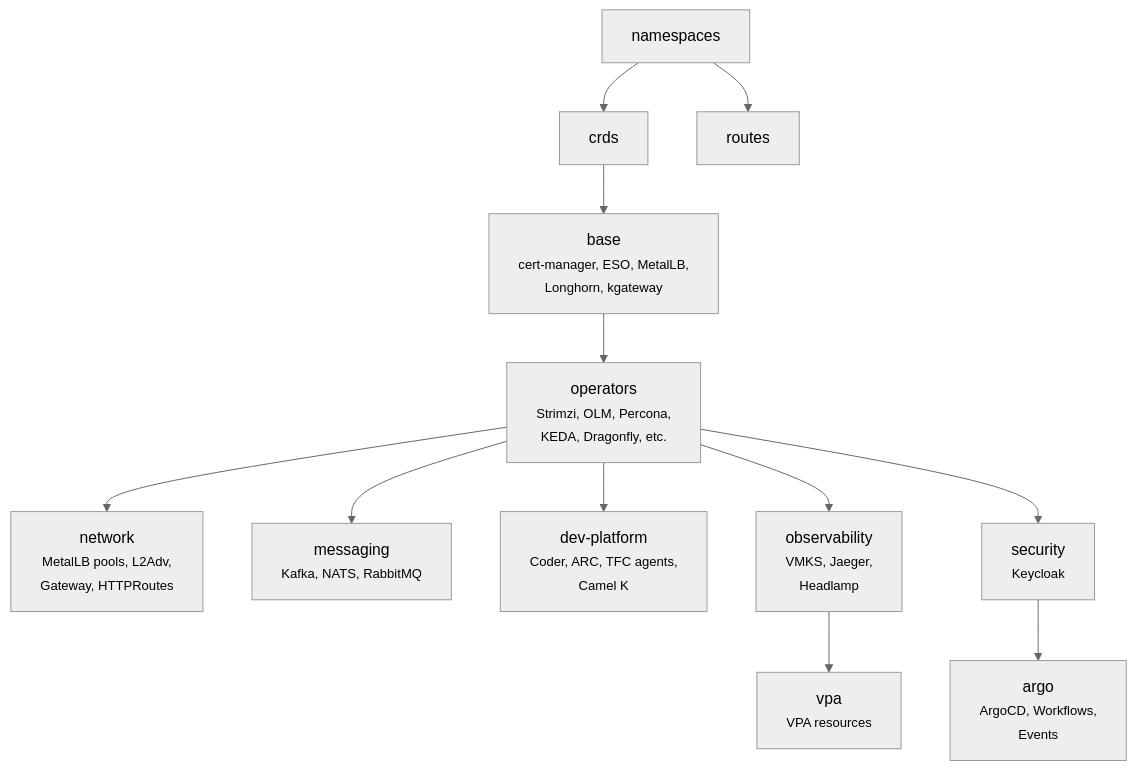
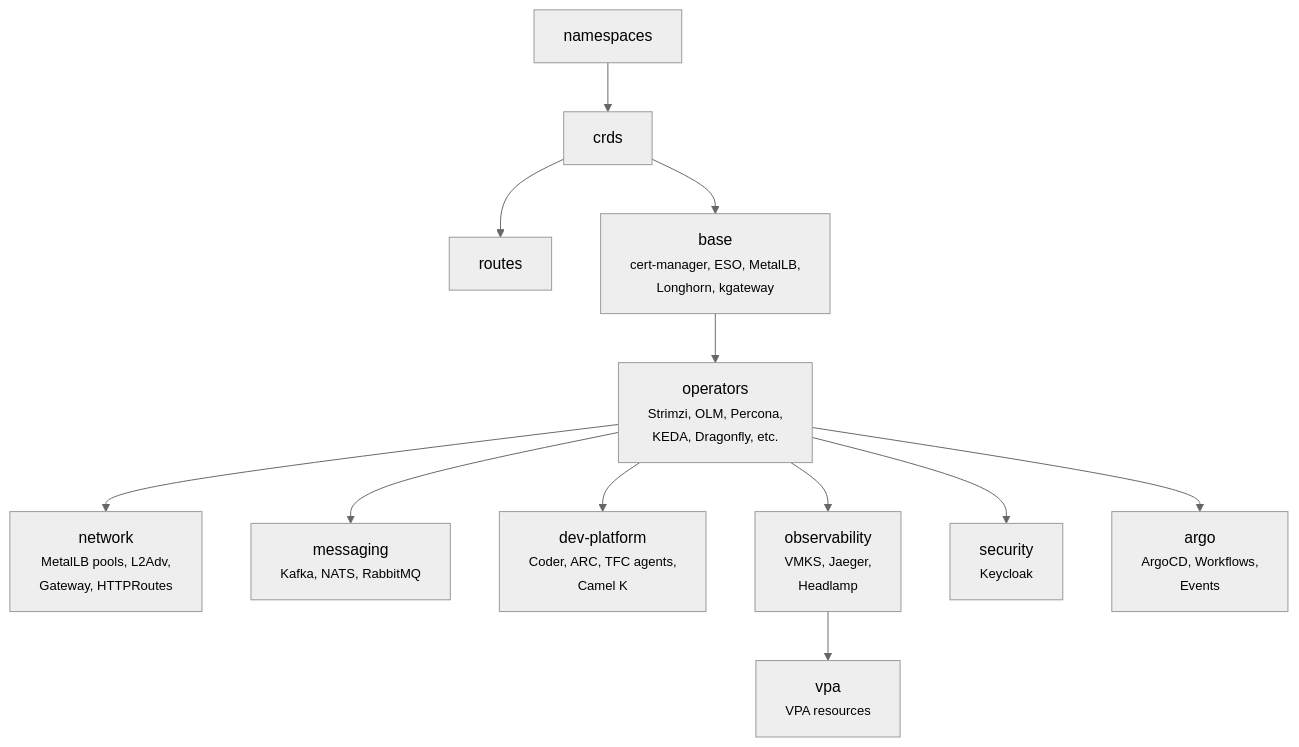
Before and after one commit to michael-willingham/lab.wcloud.sh: the first of 2 diagrams in content/infrastructure/architecture.md, drawn with Mermaid (neutral theme). The commit also changed other lines of this file, not shown here.

Commit message:
Update FluxCD dependency diagram: flatten deps, decouple argo from security

```diff
--- a/content/infrastructure/architecture.md
+++ b/content/infrastructure/architecture.md
@@ -13,14 +13,14 @@
 {{< mermaid >}}
 graph TD
     NS["namespaces"] --> CRDs["crds"]
-    NS --> Routes["routes"]
+    CRDs --> Routes["routes"]
     CRDs --> Base["base<br/><small>cert-manager, ESO, MetalLB,<br/>Longhorn, kgateway</small>"]
     Base --> Operators["operators<br/><small>Strimzi, OLM, Percona,<br/>KEDA, Dragonfly, etc.</small>"]
     Operators --> Network["network<br/><small>MetalLB pools, L2Adv,<br/>Gateway, HTTPRoutes</small>"]
     Operators --> Messaging["messaging<br/><small>Kafka, NATS, RabbitMQ</small>"]
     Operators --> DevPlatform["dev-platform<br/><small>Coder, ARC, TFC agents,<br/>Camel K</small>"]
     Operators --> Observability["observability<br/><small>VMKS, Jaeger,<br/>Headlamp</small>"]
     Operators --> Security["security<br/><small>Keycloak</small>"]
-    Security --> Argo["argo<br/><small>ArgoCD, Workflows,<br/>Events</small>"]
+    Operators --> Argo["argo<br/><small>ArgoCD, Workflows,<br/>Events</small>"]
     Observability --> VPA["vpa<br/><small>VPA resources</small>"]
 {{< /mermaid >}}
```
